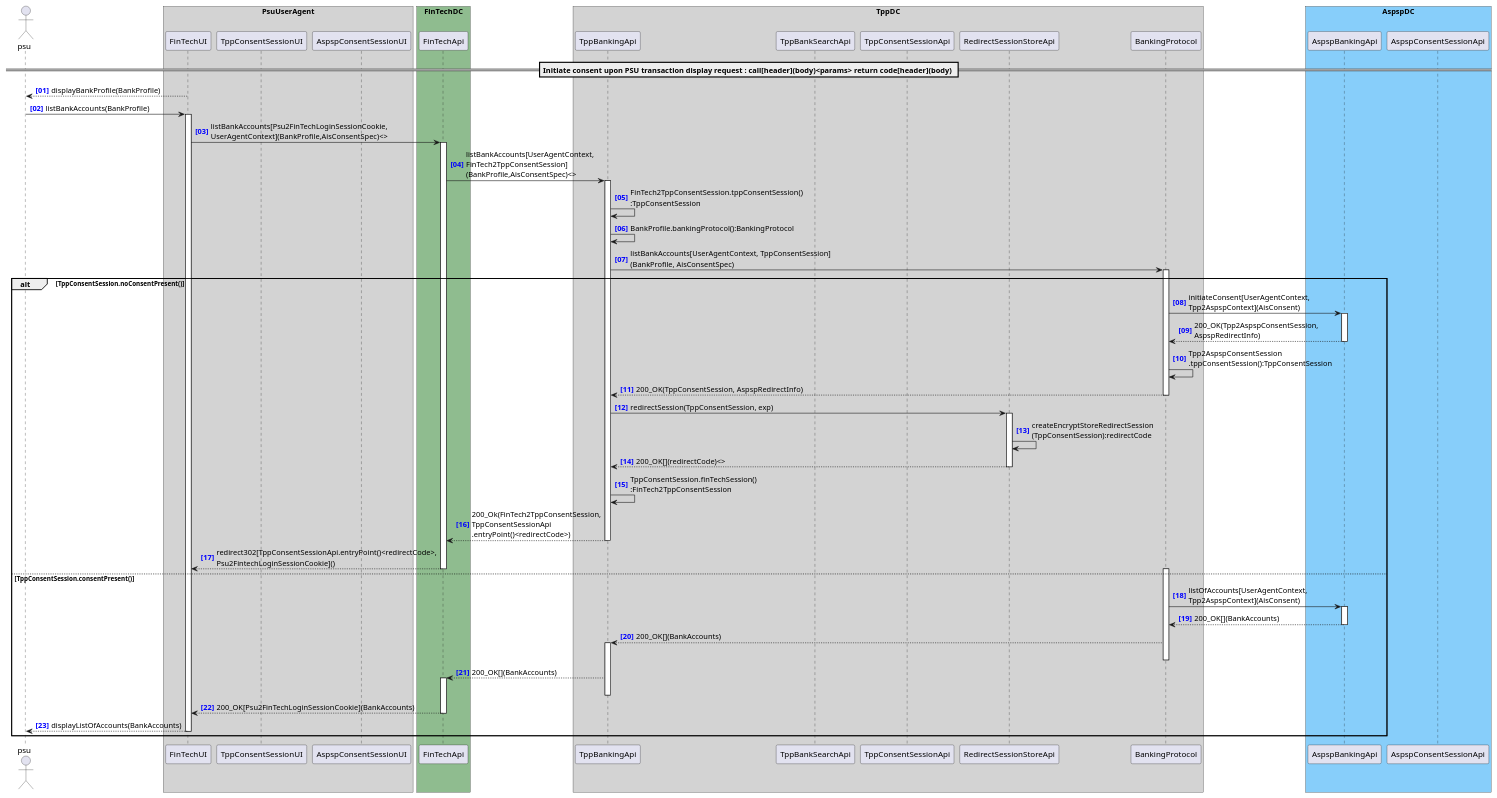
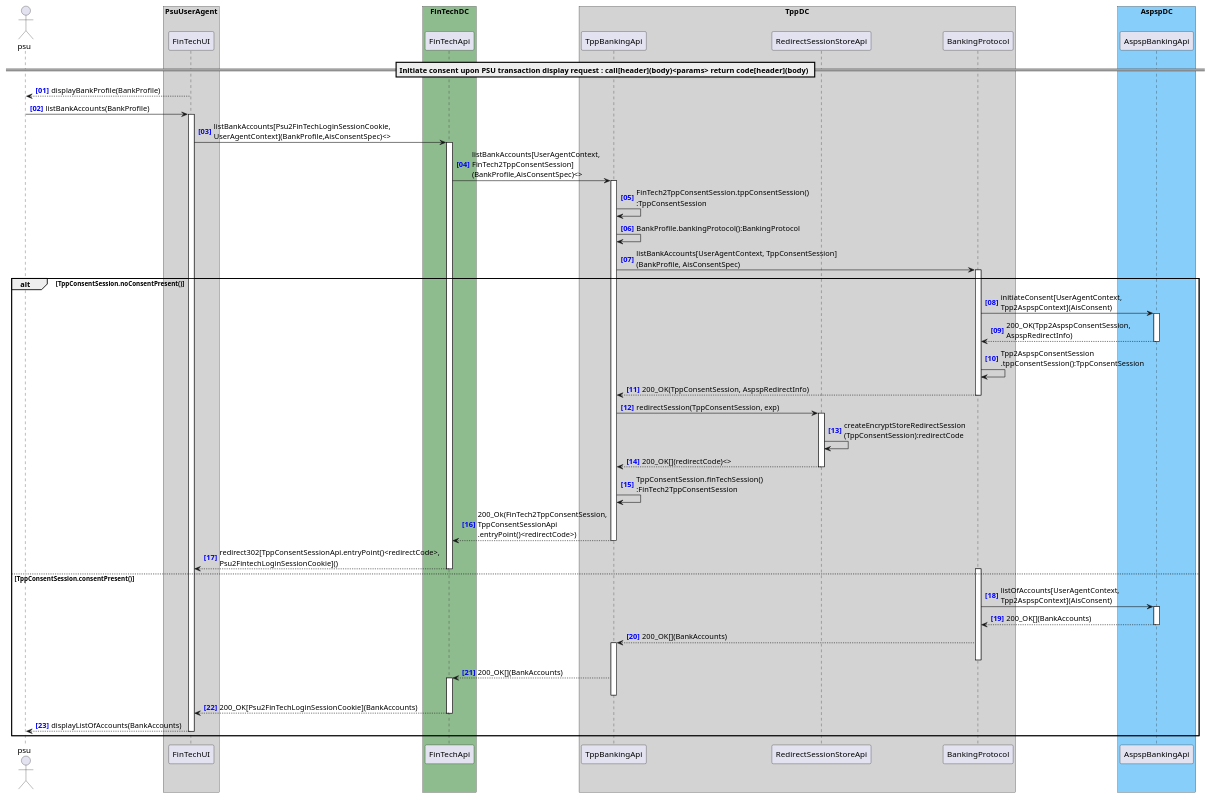
The diagram in docs/architecture/diagrams/useCases/4-initiateAisConsent.puml (adorsys/open-banking-gateway), drawn with PlantUML before and after one commit. The commit also changed 4 other files, not shown here.

```diff
--- a/docs/architecture/diagrams/useCases/4-initiateAisConsent.puml
+++ b/docs/architecture/diagrams/useCases/4-initiateAisConsent.puml
@@ -1,60 +1,60 @@
 @startuml
 
 autonumber "<b><color blue>[00]"
 actor psu
 
 box "PsuUserAgent" #LightGray
     participant "FinTechUI" as FinTechUI
-    participant "TppConsentSessionUI" as TppConsentSessionUI
-    participant "AspspConsentSessionUI" as AspspConsentSessionUI
+    'participant "TppConsentSessionUI" as TppConsentSessionUI
+    'participant "AspspConsentSessionUI" as AspspConsentSessionUI
 end box
 box "FinTechDC" #DarkSeaGreen
     participant "FinTechApi" as FinTechApi
 end box
 box "TppDC" #LightGray
     participant "TppBankingApi" as TppBankingApi
-    participant "TppBankSearchApi" as TppBankSearchApi
-    participant "TppConsentSessionApi" as TppConsentSessionApi
+    'participant "TppBankSearchApi" as TppBankSearchApi
+    'participant "TppConsentSessionApi" as TppConsentSessionApi
 
     participant "RedirectSessionStoreApi" as RedirectSessionStoreApi
     participant "BankingProtocol" as BankingProtocol
 end box
 box "AspspDC" #LightSkyBlue
 	participant "AspspBankingApi" as AspspBankingApi
-    participant "AspspConsentSessionApi" as AspspConsentSessionApi
+    'participant "AspspConsentSessionApi" as AspspConsentSessionApi
 end box
 
 == Initiate consent upon PSU transaction display request : call[header](body)<params> return code[header](body) ==
 
 FinTechUI --> psu : displayBankProfile(BankProfile)
 psu -> FinTechUI ++ : listBankAccounts(BankProfile)
 FinTechUI -> FinTechApi ++ : listBankAccounts[Psu2FinTechLoginSessionCookie,\nUserAgentContext](BankProfile,AisConsentSpec)<>
 FinTechApi -> TppBankingApi ++ : listBankAccounts[UserAgentContext,\nFinTech2TppConsentSession]\n(BankProfile,AisConsentSpec)<>
 TppBankingApi -> TppBankingApi : FinTech2TppConsentSession.tppConsentSession()\n:TppConsentSession
 TppBankingApi -> TppBankingApi : BankProfile.bankingProtocol():BankingProtocol
 TppBankingApi -> BankingProtocol ++ : listBankAccounts[UserAgentContext, TppConsentSession]\n(BankProfile, AisConsentSpec) 
 
 alt TppConsentSession.noConsentPresent()
     BankingProtocol -> AspspBankingApi ++ : initiateConsent[UserAgentContext,\nTpp2AspspContext](AisConsent) 
     return 200_OK(Tpp2AspspConsentSession,\nAspspRedirectInfo)
     BankingProtocol -> BankingProtocol : Tpp2AspspConsentSession\n.tppConsentSession():TppConsentSession
     return 200_OK(TppConsentSession, AspspRedirectInfo)
     TppBankingApi -> RedirectSessionStoreApi ++ : redirectSession(TppConsentSession, exp)
     RedirectSessionStoreApi -> RedirectSessionStoreApi : createEncryptStoreRedirectSession\n(TppConsentSession):redirectCode
     return 200_OK[](redirectCode)<>
     TppBankingApi -> TppBankingApi : TppConsentSession.finTechSession()\n:FinTech2TppConsentSession
     return 200_Ok(FinTech2TppConsentSession,\nTppConsentSessionApi\n.entryPoint()<redirectCode>)
     return redirect302[TppConsentSessionApi.entryPoint()<redirectCode>,\nPsu2FintechLoginSessionCookie]()
 else TppConsentSession.consentPresent()
     activate BankingProtocol
     BankingProtocol -> AspspBankingApi ++ : listOfAccounts[UserAgentContext,\nTpp2AspspContext](AisConsent) 
     return 200_OK[](BankAccounts)
     BankingProtocol --> TppBankingApi ++: 200_OK[](BankAccounts)
     deactivate BankingProtocol
     TppBankingApi --> FinTechApi ++ : 200_OK[](BankAccounts)
     deactivate TppBankingApi
     FinTechApi --> FinTechUI : 200_OK[Psu2FinTechLoginSessionCookie](BankAccounts)
     deactivate FinTechApi
     return displayListOfAccounts(BankAccounts)
 end
 @enduml
```
